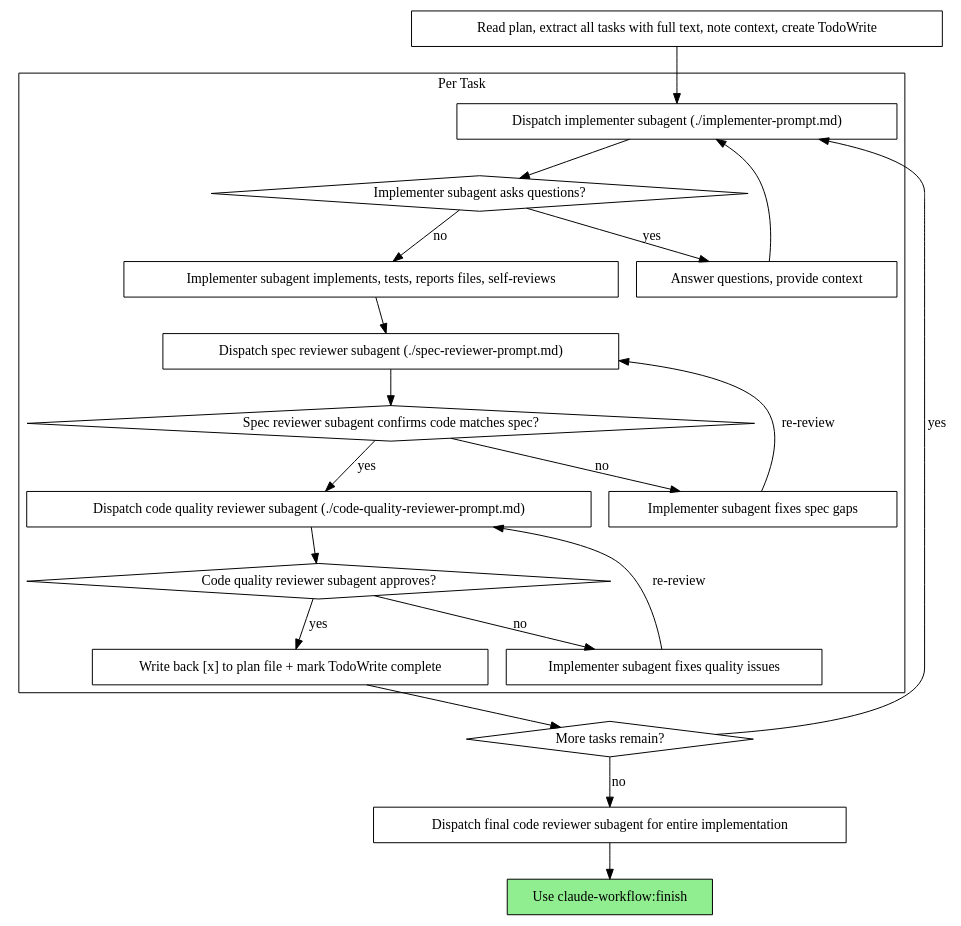
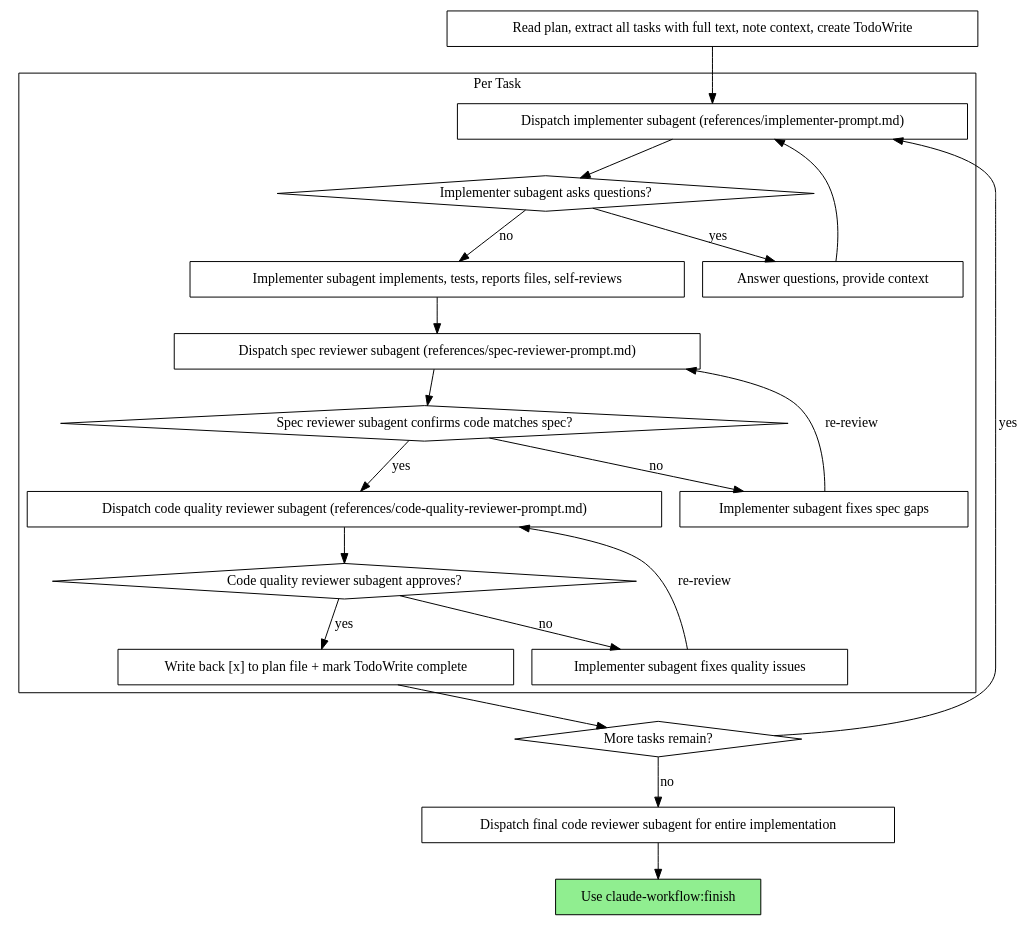
One commit to YoYoSenRan/claude-workflow changed the second of 2 diagrams in skills/subagent/SKILL.md. Above: the diagram before and after it, drawn with Graphviz. The commit also changed other lines of this file and 5 other files, not shown here.

First line of the commit message:
fix: 把 prompt 模板文件移入 references/ 目录

````diff
--- a/skills/subagent/SKILL.md
+++ b/skills/subagent/SKILL.md
@@ -48,44 +48,44 @@
 ```dot
 digraph process {
     rankdir=TB;
 
     subgraph cluster_per_task {
         label="Per Task";
-        "Dispatch implementer subagent (./implementer-prompt.md)" [shape=box];
+        "Dispatch implementer subagent (references/implementer-prompt.md)" [shape=box];
         "Implementer subagent asks questions?" [shape=diamond];
         "Answer questions, provide context" [shape=box];
         "Implementer subagent implements, tests, reports files, self-reviews" [shape=box];
-        "Dispatch spec reviewer subagent (./spec-reviewer-prompt.md)" [shape=box];
+        "Dispatch spec reviewer subagent (references/spec-reviewer-prompt.md)" [shape=box];
         "Spec reviewer subagent confirms code matches spec?" [shape=diamond];
         "Implementer subagent fixes spec gaps" [shape=box];
-        "Dispatch code quality reviewer subagent (./code-quality-reviewer-prompt.md)" [shape=box];
+        "Dispatch code quality reviewer subagent (references/code-quality-reviewer-prompt.md)" [shape=box];
         "Code quality reviewer subagent approves?" [shape=diamond];
         "Implementer subagent fixes quality issues" [shape=box];
         "Write back [x] to plan file + mark TodoWrite complete" [shape=box];
     }
 
     "Read plan, extract all tasks with full text, note context, create TodoWrite" [shape=box];
     "More tasks remain?" [shape=diamond];
     "Dispatch final code reviewer subagent for entire implementation" [shape=box];
     "Use claude-workflow:finish" [shape=box style=filled fillcolor=lightgreen];
 
-    "Read plan, extract all tasks with full text, note context, create TodoWrite" -> "Dispatch implementer subagent (./implementer-prompt.md)";
-    "Dispatch implementer subagent (./implementer-prompt.md)" -> "Implementer subagent asks questions?";
+    "Read plan, extract all tasks with full text, note context, create TodoWrite" -> "Dispatch implementer subagent (references/implementer-prompt.md)";
+    "Dispatch implementer subagent (references/implementer-prompt.md)" -> "Implementer subagent asks questions?";
     "Implementer subagent asks questions?" -> "Answer questions, provide context" [label="yes"];
-    "Answer questions, provide context" -> "Dispatch implementer subagent (./implementer-prompt.md)";
+    "Answer questions, provide context" -> "Dispatch implementer subagent (references/implementer-prompt.md)";
     "Implementer subagent asks questions?" -> "Implementer subagent implements, tests, reports files, self-reviews" [label="no"];
-    "Implementer subagent implements, tests, reports files, self-reviews" -> "Dispatch spec reviewer subagent (./spec-reviewer-prompt.md)";
-    "Dispatch spec reviewer subagent (./spec-reviewer-prompt.md)" -> "Spec reviewer subagent confirms code matches spec?";
+    "Implementer subagent implements, tests, reports files, self-reviews" -> "Dispatch spec reviewer subagent (references/spec-reviewer-prompt.md)";
+    "Dispatch spec reviewer subagent (references/spec-reviewer-prompt.md)" -> "Spec reviewer subagent confirms code matches spec?";
     "Spec reviewer subagent confirms code matches spec?" -> "Implementer subagent fixes spec gaps" [label="no"];
-    "Implementer subagent fixes spec gaps" -> "Dispatch spec reviewer subagent (./spec-reviewer-prompt.md)" [label="re-review"];
-    "Spec reviewer subagent confirms code matches spec?" -> "Dispatch code quality reviewer subagent (./code-quality-reviewer-prompt.md)" [label="yes"];
-    "Dispatch code quality reviewer subagent (./code-quality-reviewer-prompt.md)" -> "Code quality reviewer subagent approves?";
+    "Implementer subagent fixes spec gaps" -> "Dispatch spec reviewer subagent (references/spec-reviewer-prompt.md)" [label="re-review"];
+    "Spec reviewer subagent confirms code matches spec?" -> "Dispatch code quality reviewer subagent (references/code-quality-reviewer-prompt.md)" [label="yes"];
+    "Dispatch code quality reviewer subagent (references/code-quality-reviewer-prompt.md)" -> "Code quality reviewer subagent approves?";
     "Code quality reviewer subagent approves?" -> "Implementer subagent fixes quality issues" [label="no"];
-    "Implementer subagent fixes quality issues" -> "Dispatch code quality reviewer subagent (./code-quality-reviewer-prompt.md)" [label="re-review"];
+    "Implementer subagent fixes quality issues" -> "Dispatch code quality reviewer subagent (references/code-quality-reviewer-prompt.md)" [label="re-review"];
     "Code quality reviewer subagent approves?" -> "Write back [x] to plan file + mark TodoWrite complete" [label="yes"];
     "Write back [x] to plan file + mark TodoWrite complete" -> "More tasks remain?";
-    "More tasks remain?" -> "Dispatch implementer subagent (./implementer-prompt.md)" [label="yes"];
+    "More tasks remain?" -> "Dispatch implementer subagent (references/implementer-prompt.md)" [label="yes"];
     "More tasks remain?" -> "Dispatch final code reviewer subagent for entire implementation" [label="no"];
     "Dispatch final code reviewer subagent for entire implementation" -> "Use claude-workflow:finish";
 }
 ```
````
